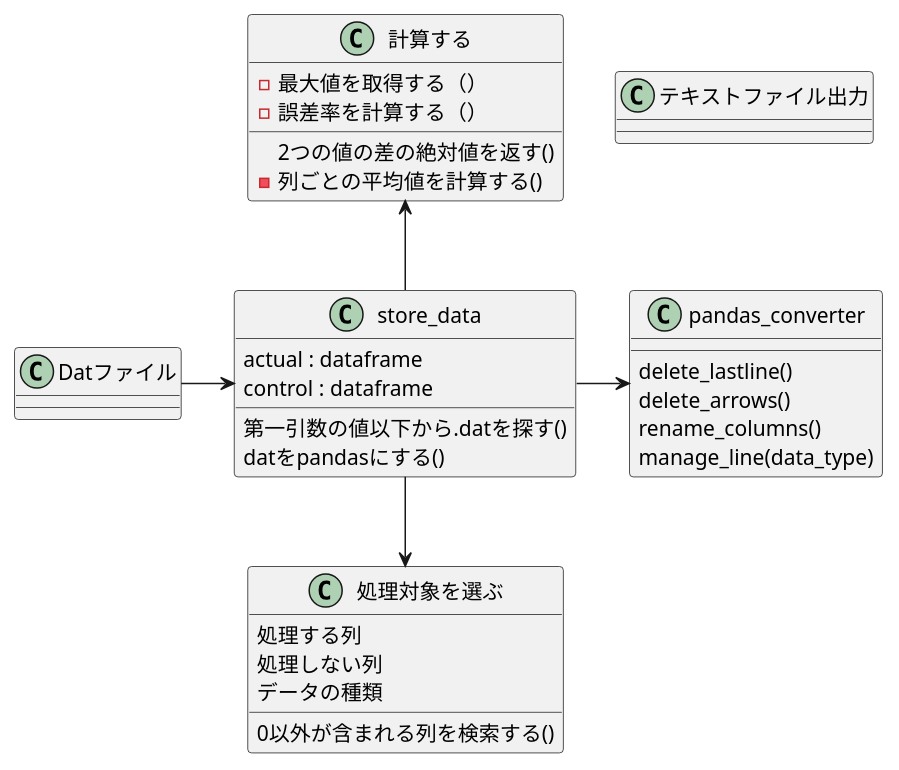
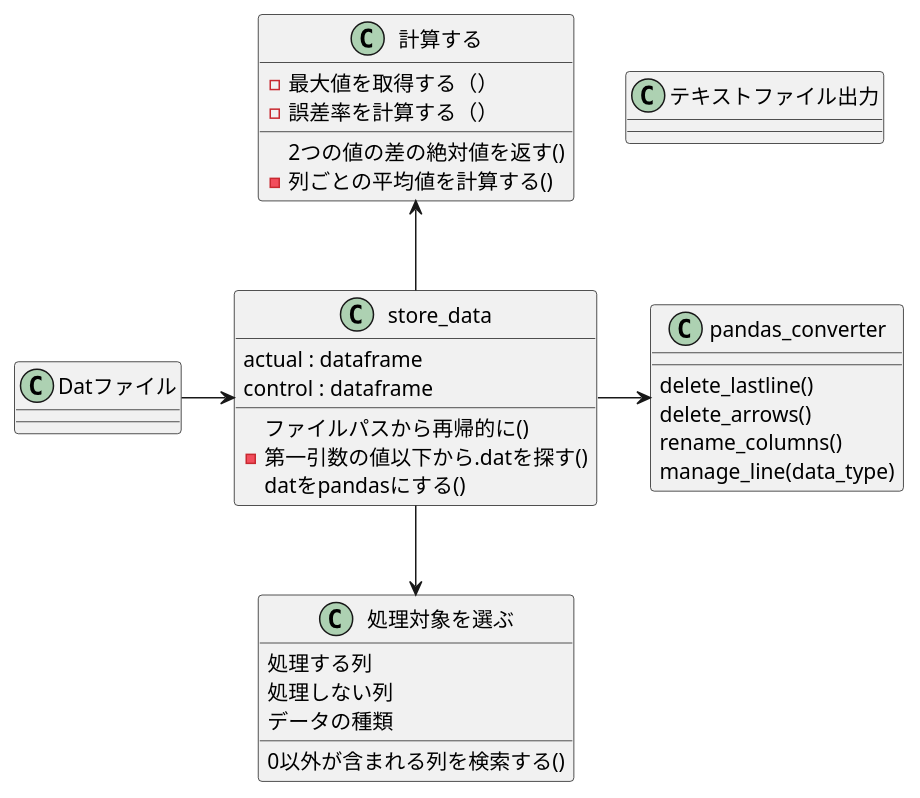
One commit to Dirty-Tester/python_practice changed the diagram in class.pu. Above: the diagram before and after it, drawn with PlantUML. The commit also changed 8 other files, not shown here.

```diff
--- a/class.pu
+++ b/class.pu
@@ -1,42 +1,43 @@
 @startuml sequence
 
 Datファイル -> store_data
 
 store_data -right-> pandas_converter
 store_data -down-> 処理対象を選ぶ
 store_data -up-> 計算する
 
 class Datファイル
 
 class store_data{
     actual : dataframe
     control : dataframe
-    第一引数の値以下から.datを探す()
+    ファイルパスから再帰的に()
+    - 第一引数の値以下から.datを探す()
     datをpandasにする()
 }
 
 class pandas_converter{
     delete_lastline()
     delete_arrows()
     rename_columns()
     manage_line(data_type)
 }
 
 class 処理対象を選ぶ{
     処理する列
     処理しない列
     データの種類
     0以外が含まれる列を検索する()
 }
 
 class 計算する{
     2つの値の差の絶対値を返す()
     - 列ごとの平均値を計算する()
     - 最大値を取得する（）
     - 誤差率を計算する（）
 }
 
 class テキストファイル出力{
 }
 
 @enduml
```
